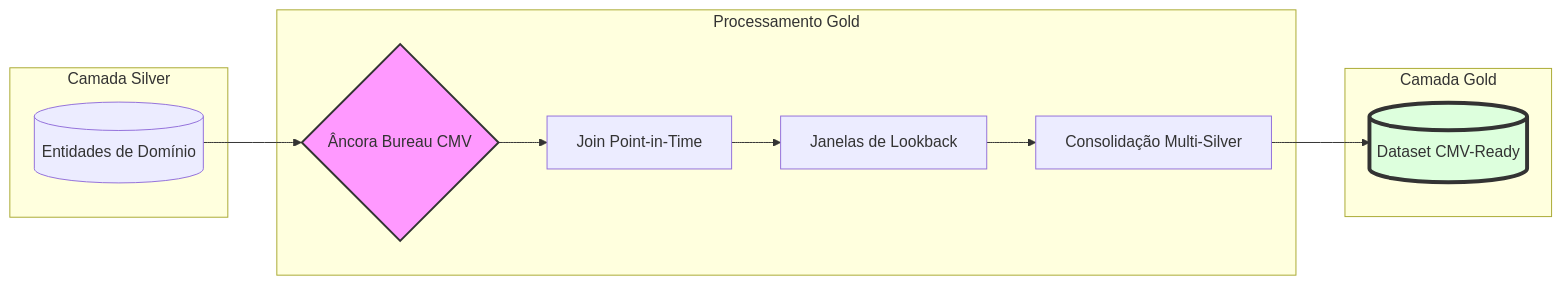
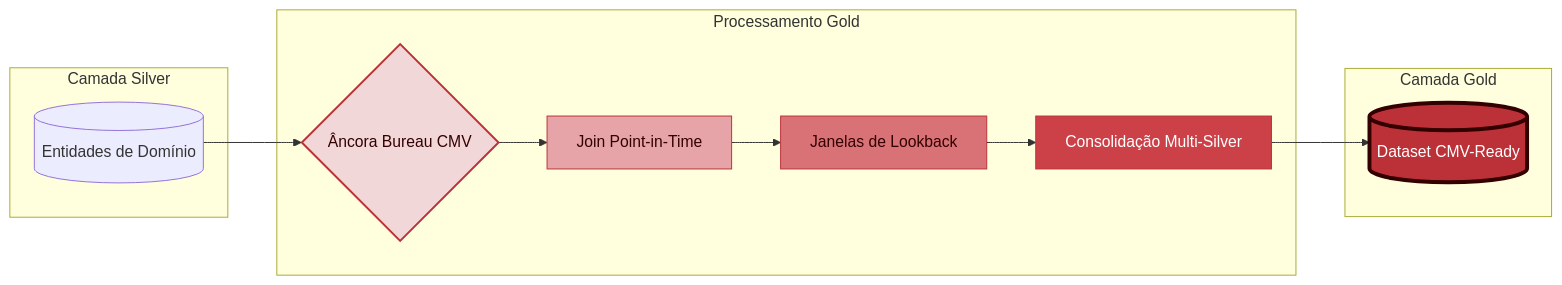
Before and after one commit to rafa-trindade/hackathon-pod-squad3-core: the second of 2 diagrams in docs/data_lineage/temp_entrega_process.md, drawn with Mermaid. The commit also changed other lines of this file, not shown here.

````diff
--- a/docs/data_lineage/temp_entrega_process.md
+++ b/docs/data_lineage/temp_entrega_process.md
@@ -229,26 +234,30 @@
 ```mermaid
 graph LR
     subgraph Silver_Layer [Camada Silver]
         A[(Entidades de Domínio)]
     end
 
     subgraph Gold_Transformation [Processamento Gold]
         B{Âncora Bureau CMV}
         C[Join Point-in-Time]
         D[Janelas de Lookback]
         E[Consolidação Multi-Silver]
     end
 
     subgraph Gold_Layer [Camada Gold]
         F[(Dataset CMV-Ready)]
     end
 
     A --> B
     B --> C
     C --> D
     D --> E
     E --> F
 
-    style B fill:#f9f,stroke:#333,stroke-width:2px
-    style F fill:#dfd,stroke:#333,stroke-width:4px
+    %% Estilização baseada no tom #BC3138
+    style B fill:#F2D7D9,stroke:#BC3138,stroke-width:2px,color:#330000
+    style C fill:#E6A4A8,stroke:#BC3138,color:#330000
+    style D fill:#D97277,stroke:#BC3138,color:#330000
+    style E fill:#CC4148,stroke:#BC3138,color:#fff
+    style F fill:#BC3138,stroke:#330000,stroke-width:4px,color:#fff
 ```
````
